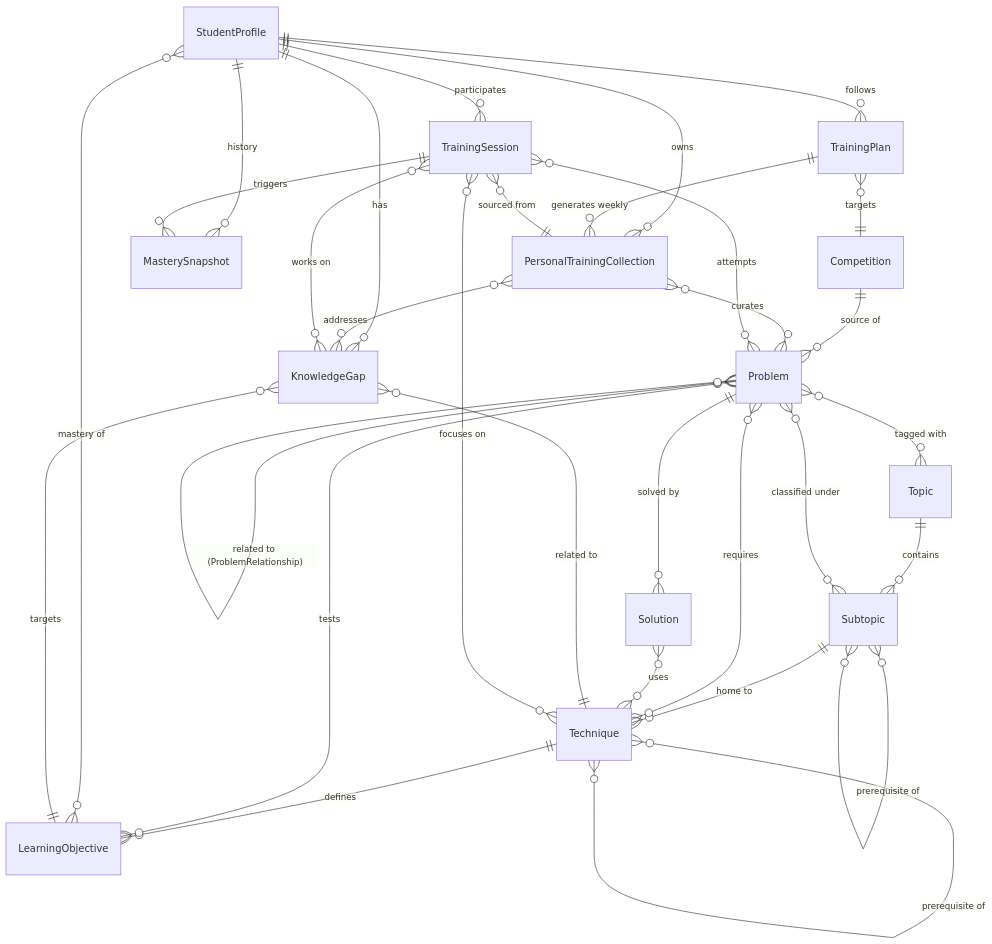
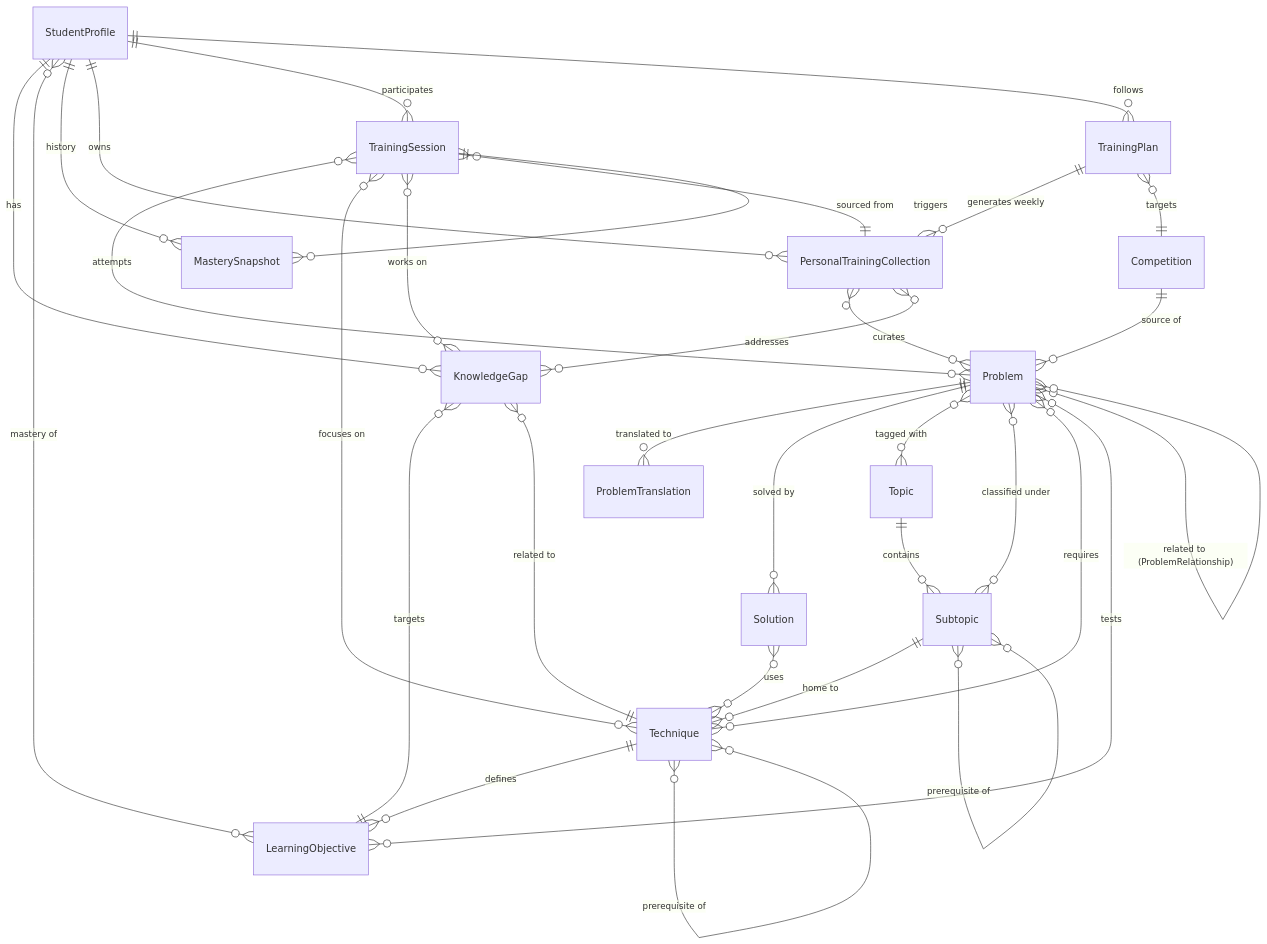
Before and after one commit to JEglez/MathPilot-Olympiad-training: the diagram in docs/domain-model.md, drawn with Mermaid. The commit also changed other lines of this file, not shown here.

````diff
--- a/docs/domain-model.md
+++ b/docs/domain-model.md
@@ -783,38 +829,39 @@
 ```mermaid
 erDiagram
     Topic ||--o{ Subtopic : contains
     Subtopic ||--o{ Technique : "home to"
     Technique ||--o{ LearningObjective : defines
     Technique }o--o{ Technique : "prerequisite of"
     Subtopic }o--o{ Subtopic : "prerequisite of"
 
     Competition ||--o{ Problem : "source of"
+    Problem ||--o{ ProblemTranslation : "translated to"
     Problem ||--o{ Solution : "solved by"
     Problem }o--o{ Topic : "tagged with"
     Problem }o--o{ Subtopic : "classified under"
     Problem }o--o{ Technique : "requires"
     Problem }o--o{ LearningObjective : "tests"
     Problem }o--o{ Problem : "related to (ProblemRelationship)"
     Solution }o--o{ Technique : "uses"
 
     StudentProfile ||--o{ KnowledgeGap : has
     StudentProfile }o--o{ LearningObjective : "mastery of"
     StudentProfile ||--o{ MasterySnapshot : "history"
     StudentProfile ||--o{ PersonalTrainingCollection : owns
     StudentProfile ||--o{ TrainingSession : participates
     StudentProfile ||--o{ TrainingPlan : follows
 
     KnowledgeGap }o--|| LearningObjective : targets
     KnowledgeGap }o--|| Technique : "related to"
 
     TrainingPlan ||--o{ PersonalTrainingCollection : "generates weekly"
     TrainingPlan }o--|| Competition : "targets"
     PersonalTrainingCollection }o--o{ Problem : curates
     PersonalTrainingCollection }o--o{ KnowledgeGap : addresses
 
     TrainingSession }o--o{ Problem : "attempts"
     TrainingSession }o--o{ Technique : "focuses on"
     TrainingSession }o--o{ KnowledgeGap : "works on"
     TrainingSession }o--|| PersonalTrainingCollection : "sourced from"
     TrainingSession ||--o{ MasterySnapshot : "triggers"
 ```
````
